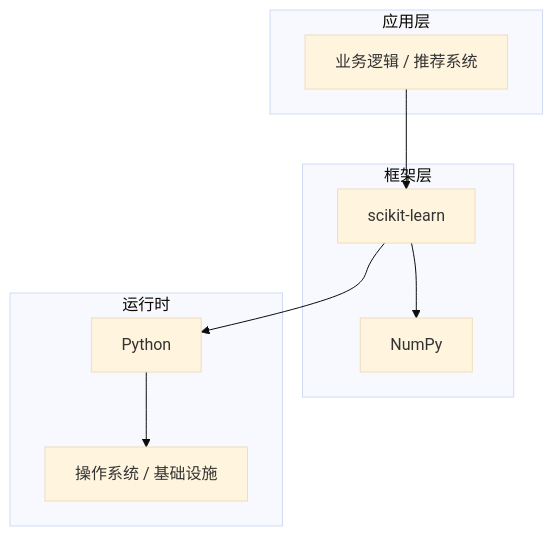
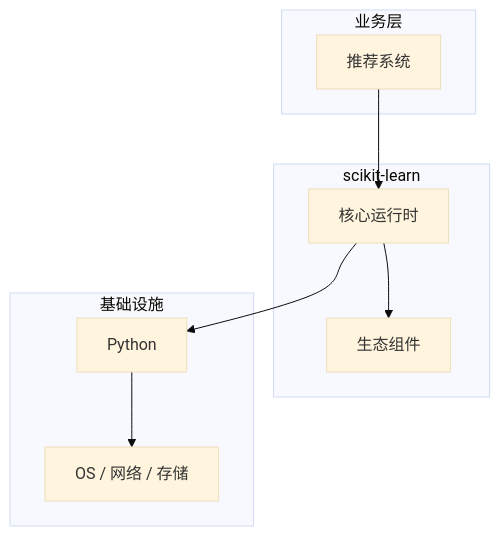
The diagram in articles/机器学习/chapters/139-推荐系统核心概念与原理.md (yanggan2015/knowledge-json-v2), drawn with Mermaid (base theme) before and after one commit. The commit also changed other lines of this file and 10127 other files, not shown here.

````diff
--- a/articles/机器学习/chapters/139-推荐系统核心概念与原理.md
+++ b/articles/机器学习/chapters/139-推荐系统核心概念与原理.md
@@ -45,18 +30,18 @@
 ```mermaid
 graph TB
-    subgraph 应用层
-        A[业务逻辑 / 推荐系统]
+    subgraph 业务层
+        A[推荐系统]
     end
-    subgraph 框架层
-        B[scikit-learn]
-        C[NumPy]
+    subgraph scikit-learn
+        B[核心运行时]
+        C[生态组件]
     end
-    subgraph 运行时
+    subgraph 基础设施
         D[Python]
-        E[操作系统 / 基础设施]
+        E[OS / 网络 / 存储]
     end
     A --> B
     B --> C
     B --> D
     D --> E
 ```
````
